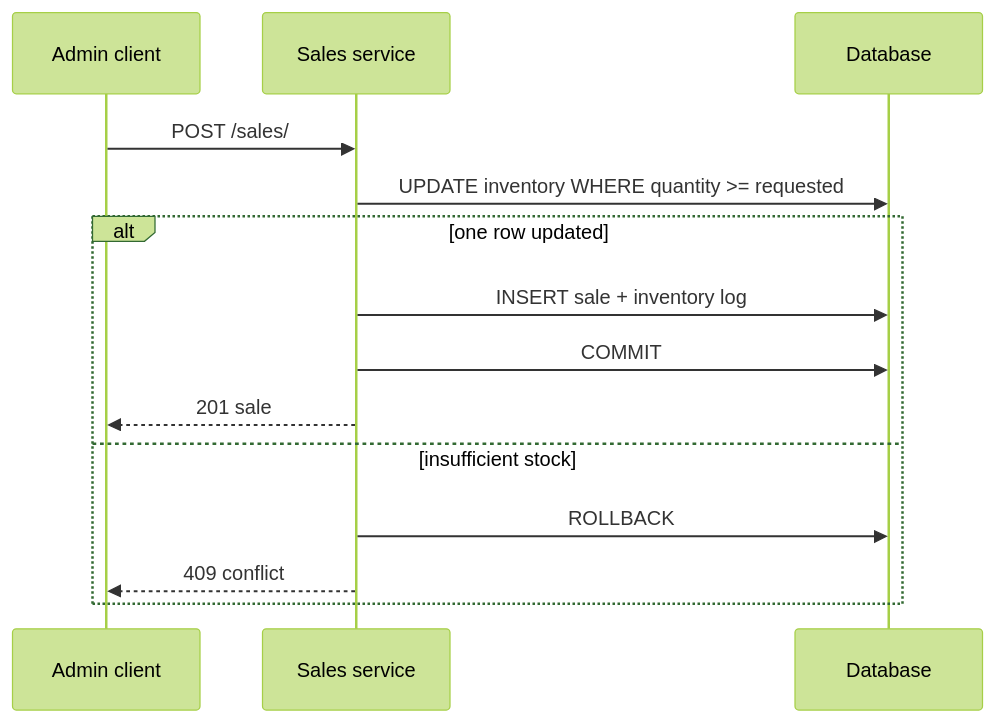
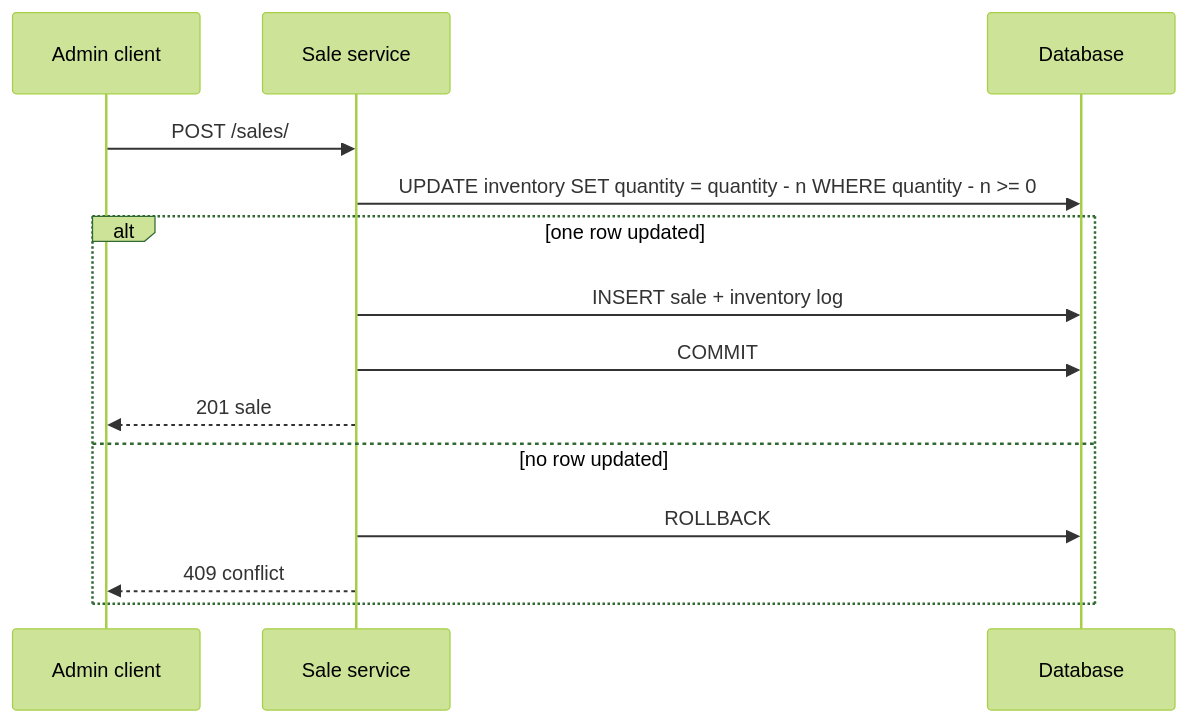
Before and after one commit to dev-mnadeem/storefront-admin-fastapi: the second of 2 diagrams in README.md, drawn with Mermaid (forest theme). The commit also changed other lines of this file and 4 other files, not shown here.

````diff
--- a/README.md
+++ b/README.md
@@ -56,16 +156,16 @@
 ```mermaid
 sequenceDiagram
     participant C as Admin client
-    participant A as Sales service
+    participant A as Sale service
     participant D as Database
     C->>A: POST /sales/
-    A->>D: UPDATE inventory WHERE quantity >= requested
+    A->>D: UPDATE inventory SET quantity = quantity - n WHERE quantity - n >= 0
     alt one row updated
         A->>D: INSERT sale + inventory log
         A->>D: COMMIT
         A-->>C: 201 sale
-    else insufficient stock
+    else no row updated
         A->>D: ROLLBACK
         A-->>C: 409 conflict
     end
 ```
````
